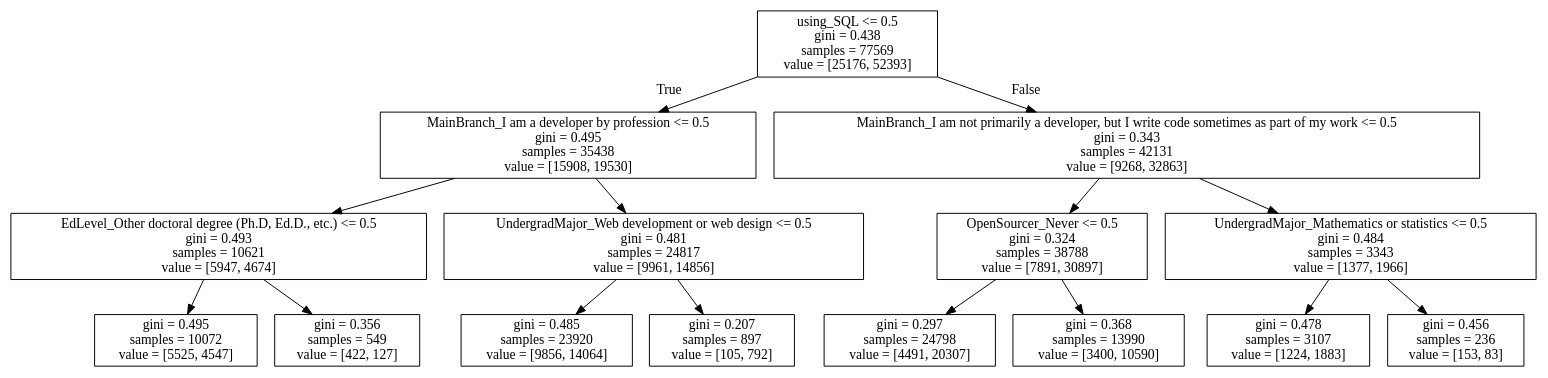
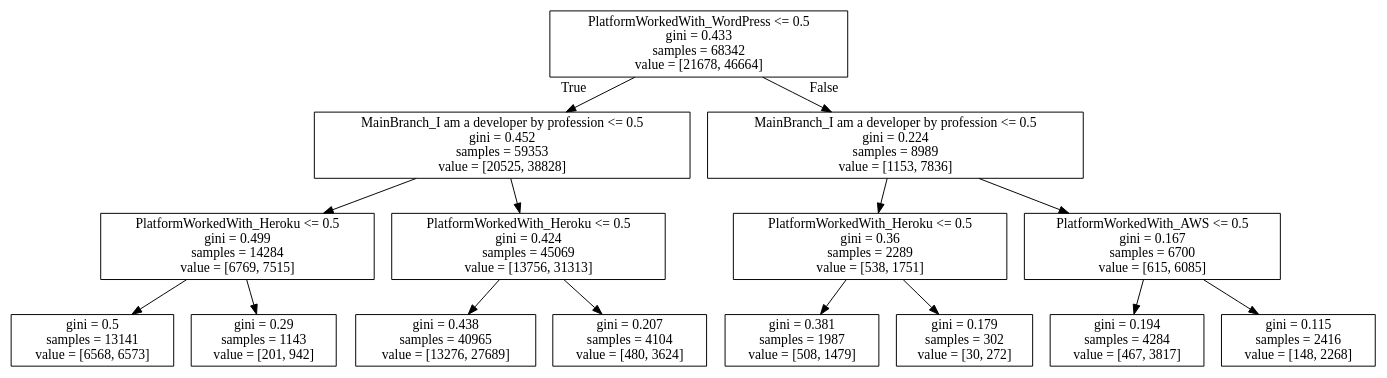
One commit to mauritsl/programming-languages changed the diagram in output/using_JavaScript.dot. Above: the diagram before and after it, drawn with Graphviz. The commit also changed 19 other files, not shown here.

```diff
--- a/output/using_JavaScript.dot
+++ b/output/using_JavaScript.dot
@@ -1,32 +1,32 @@
 digraph Tree {
 node [shape=box] ;
-0 [label="using_SQL <= 0.5\ngini = 0.438\nsamples = 77569\nvalue = [25176, 52393]"] ;
-1 [label="MainBranch_I am a developer by profession <= 0.5\ngini = 0.495\nsamples = 35438\nvalue = [15908, 19530]"] ;
+0 [label="PlatformWorkedWith_WordPress <= 0.5\ngini = 0.433\nsamples = 68342\nvalue = [21678, 46664]"] ;
+1 [label="MainBranch_I am a developer by profession <= 0.5\ngini = 0.452\nsamples = 59353\nvalue = [20525, 38828]"] ;
 0 -> 1 [labeldistance=2.5, labelangle=45, headlabel="True"] ;
-2 [label="EdLevel_Other doctoral degree (Ph.D, Ed.D., etc.) <= 0.5\ngini = 0.493\nsamples = 10621\nvalue = [5947, 4674]"] ;
+2 [label="PlatformWorkedWith_Heroku <= 0.5\ngini = 0.499\nsamples = 14284\nvalue = [6769, 7515]"] ;
 1 -> 2 ;
-3 [label="gini = 0.495\nsamples = 10072\nvalue = [5525, 4547]"] ;
+3 [label="gini = 0.5\nsamples = 13141\nvalue = [6568, 6573]"] ;
 2 -> 3 ;
-4 [label="gini = 0.356\nsamples = 549\nvalue = [422, 127]"] ;
+4 [label="gini = 0.29\nsamples = 1143\nvalue = [201, 942]"] ;
 2 -> 4 ;
-5 [label="UndergradMajor_Web development or web design <= 0.5\ngini = 0.481\nsamples = 24817\nvalue = [9961, 14856]"] ;
+5 [label="PlatformWorkedWith_Heroku <= 0.5\ngini = 0.424\nsamples = 45069\nvalue = [13756, 31313]"] ;
 1 -> 5 ;
-6 [label="gini = 0.485\nsamples = 23920\nvalue = [9856, 14064]"] ;
+6 [label="gini = 0.438\nsamples = 40965\nvalue = [13276, 27689]"] ;
 5 -> 6 ;
-7 [label="gini = 0.207\nsamples = 897\nvalue = [105, 792]"] ;
+7 [label="gini = 0.207\nsamples = 4104\nvalue = [480, 3624]"] ;
 5 -> 7 ;
-8 [label="MainBranch_I am not primarily a developer, but I write code sometimes as part of my work <= 0.5\ngini = 0.343\nsamples = 42131\nvalue = [9268, 32863]"] ;
+8 [label="MainBranch_I am a developer by profession <= 0.5\ngini = 0.224\nsamples = 8989\nvalue = [1153, 7836]"] ;
 0 -> 8 [labeldistance=2.5, labelangle=-45, headlabel="False"] ;
-9 [label="OpenSourcer_Never <= 0.5\ngini = 0.324\nsamples = 38788\nvalue = [7891, 30897]"] ;
+9 [label="PlatformWorkedWith_Heroku <= 0.5\ngini = 0.36\nsamples = 2289\nvalue = [538, 1751]"] ;
 8 -> 9 ;
-10 [label="gini = 0.297\nsamples = 24798\nvalue = [4491, 20307]"] ;
+10 [label="gini = 0.381\nsamples = 1987\nvalue = [508, 1479]"] ;
 9 -> 10 ;
-11 [label="gini = 0.368\nsamples = 13990\nvalue = [3400, 10590]"] ;
+11 [label="gini = 0.179\nsamples = 302\nvalue = [30, 272]"] ;
 9 -> 11 ;
-12 [label="UndergradMajor_Mathematics or statistics <= 0.5\ngini = 0.484\nsamples = 3343\nvalue = [1377, 1966]"] ;
+12 [label="PlatformWorkedWith_AWS <= 0.5\ngini = 0.167\nsamples = 6700\nvalue = [615, 6085]"] ;
 8 -> 12 ;
-13 [label="gini = 0.478\nsamples = 3107\nvalue = [1224, 1883]"] ;
+13 [label="gini = 0.194\nsamples = 4284\nvalue = [467, 3817]"] ;
 12 -> 13 ;
-14 [label="gini = 0.456\nsamples = 236\nvalue = [153, 83]"] ;
+14 [label="gini = 0.115\nsamples = 2416\nvalue = [148, 2268]"] ;
 12 -> 14 ;
 }
```
